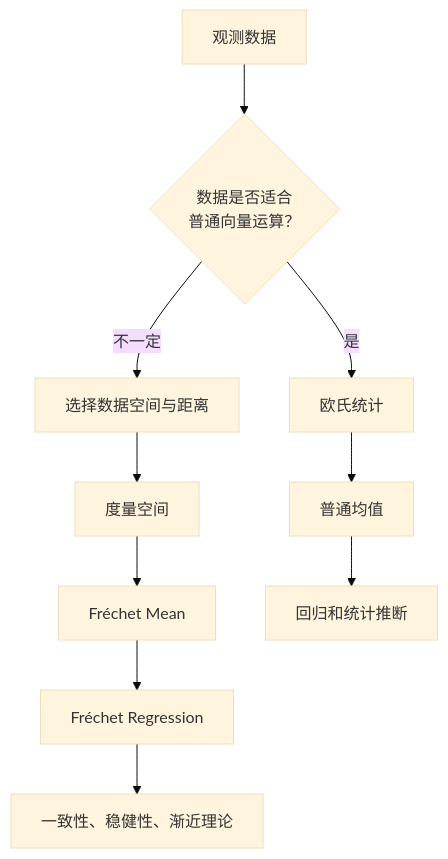
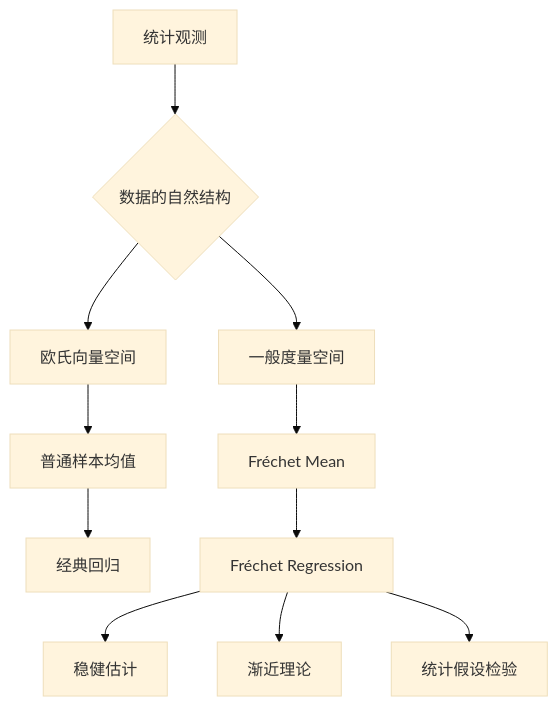
Before and after one commit to Salty-yeah-888/non-euclidean-statistics-notes: the second of 4 diagrams in issues/001-metric-spaces.md, drawn with Mermaid (base theme). The commit also changed other lines of this file, not shown here.

````diff
--- a/issues/001-metric-spaces.md
+++ b/issues/001-metric-spaces.md
@@ -208,15 +231,17 @@
 ```mermaid
 flowchart TD
-    A["观测数据"] --> B{"数据是否适合<br/>普通向量运算？"}
+    A["统计观测"] --> B{"数据的自然结构"}
 
-    B -->|是| C["欧氏统计"]
-    B -->|不一定| D["选择数据空间与距离"]
+    B --> C["欧氏向量空间"]
+    B --> D["一般度量空间"]
 
-    C --> E["普通均值"]
-    D --> F["度量空间"]
-    F --> G["Fréchet Mean"]
+    C --> E["普通样本均值"]
+    D --> F["Fréchet Mean"]
 
-    E --> H["回归和统计推断"]
-    G --> I["Fréchet Regression"]
-    I --> J["一致性、稳健性、渐近理论"]
+    E --> G["经典回归"]
+    F --> H["Fréchet Regression"]
+
+    H --> I["稳健估计"]
+    H --> J["渐近理论"]
+    H --> K["统计假设检验"]
 ```
````
